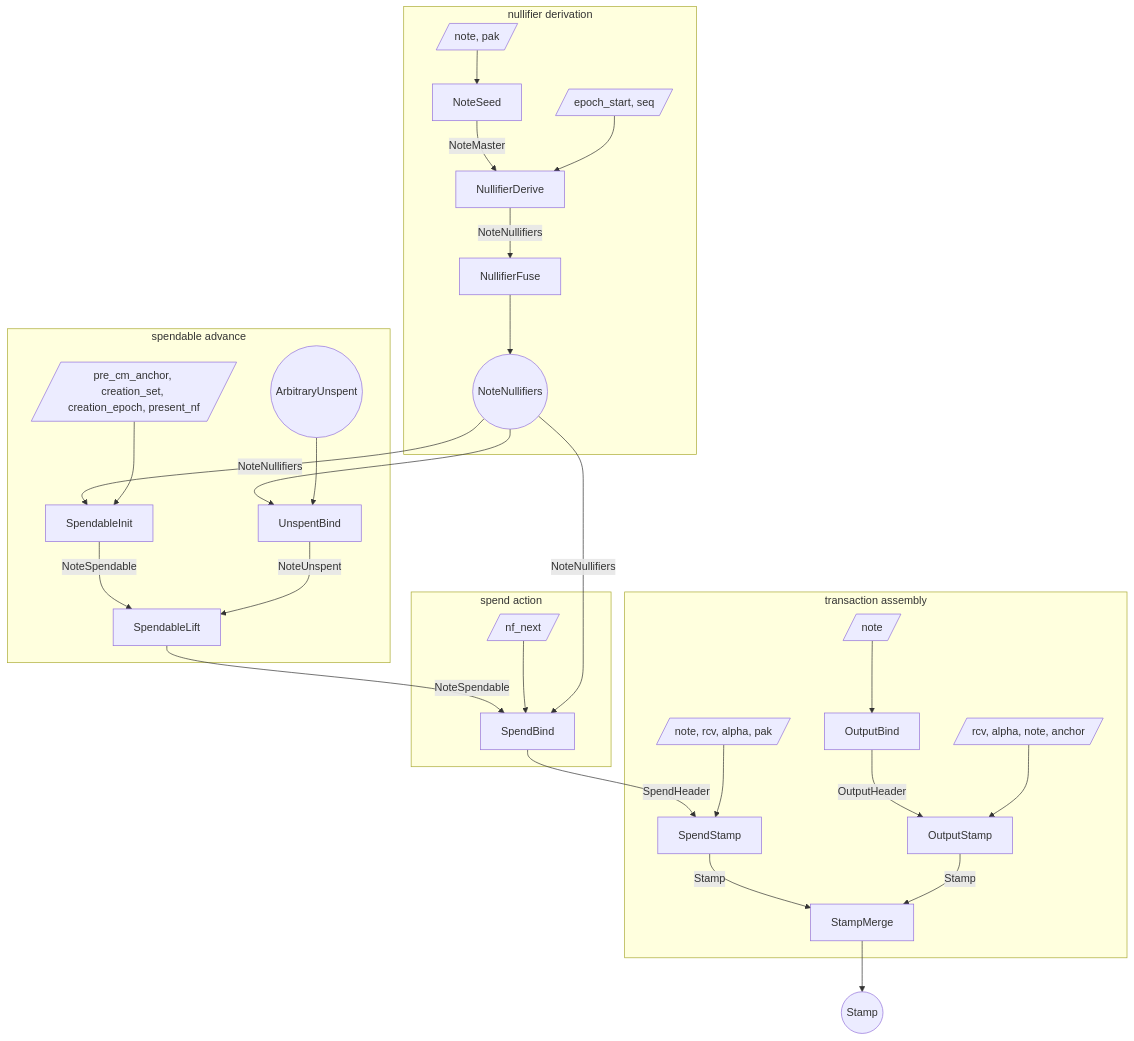
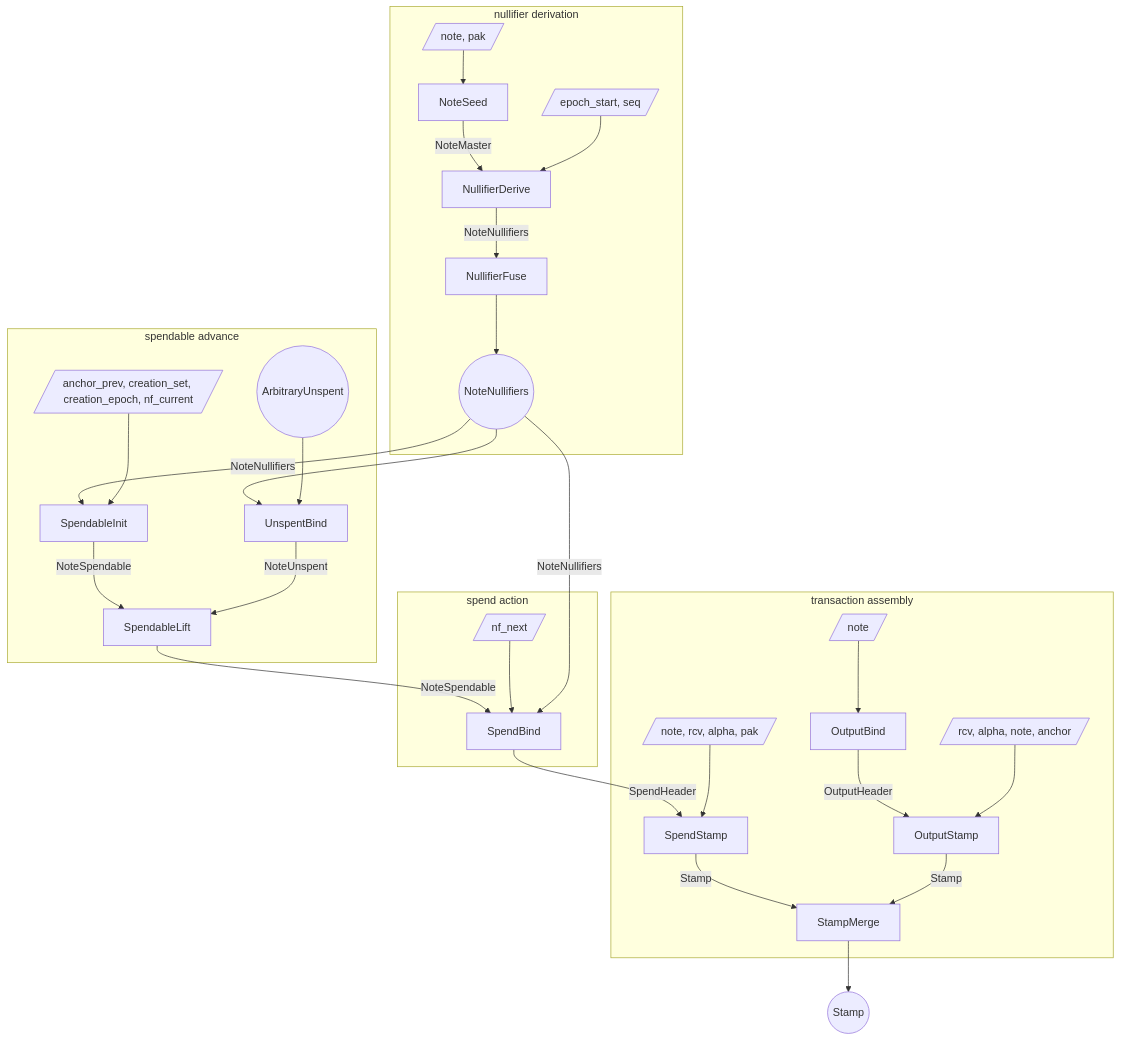
One commit to tachyon-zcash/tachyon changed the first of 3 diagrams in book/src/proof-tree.md. Above: the diagram before and after it, drawn with Mermaid. The commit also changed other lines of this file and 21 other files, not shown here.

````diff
--- a/book/src/proof-tree.md
+++ b/book/src/proof-tree.md
@@ -307,62 +307,62 @@
 ```mermaid
 flowchart TB
   subgraph derive [nullifier derivation]
     w_seed[/note, pak/]
     s_seed[NoteSeed]
     w_window[/epoch_start, seq/]
     s_window[NullifierDerive]
     s_dfuse[NullifierFuse]
     nf_range((NoteNullifiers))
   end
 
   subgraph spendable [spendable advance]
-    w_init[/pre_cm_anchor, creation_set, creation_epoch, present_nf/]
+    w_init[/anchor_prev, creation_set, creation_epoch, nf_current/]
     s_init[SpendableInit]
     unspent_in((ArbitraryUnspent))
     s_unspentbind[UnspentBind]
     s_lift[SpendableLift]
   end
 
   subgraph spend_stamp [spend action]
     w_bind[/nf_next/]
     s_bind[SpendBind]
   end
 
   subgraph merge [transaction assembly]
     w_stamp[/note, rcv, alpha, pak/]
     s_spendstamp[SpendStamp]
     w_outbind[/note/]
     s_outbind[OutputBind]
     w_output[/rcv, alpha, note, anchor/]
     s_output[OutputStamp]
     s_merge[StampMerge]
   end
 
   stamp_out((Stamp))
 
   w_seed --> s_seed
   s_seed -->|NoteMaster| s_window
   w_window --> s_window
   s_window -->|NoteNullifiers| s_dfuse
   s_dfuse --> nf_range
 
   nf_range -->|NoteNullifiers| s_init
   w_init --> s_init
   nf_range --> s_unspentbind
   unspent_in --> s_unspentbind
   s_init -->|NoteSpendable| s_lift
   s_unspentbind -->|NoteUnspent| s_lift
   s_lift -->|NoteSpendable| s_bind
 
   w_bind --> s_bind
   nf_range -->|NoteNullifiers| s_bind
   s_bind -->|SpendHeader| s_spendstamp
   w_stamp --> s_spendstamp
 
   w_outbind --> s_outbind
   s_outbind -->|OutputHeader| s_output
   w_output --> s_output
   s_spendstamp -->|Stamp| s_merge
   s_output -->|Stamp| s_merge
   s_merge --> stamp_out
 ```
````
